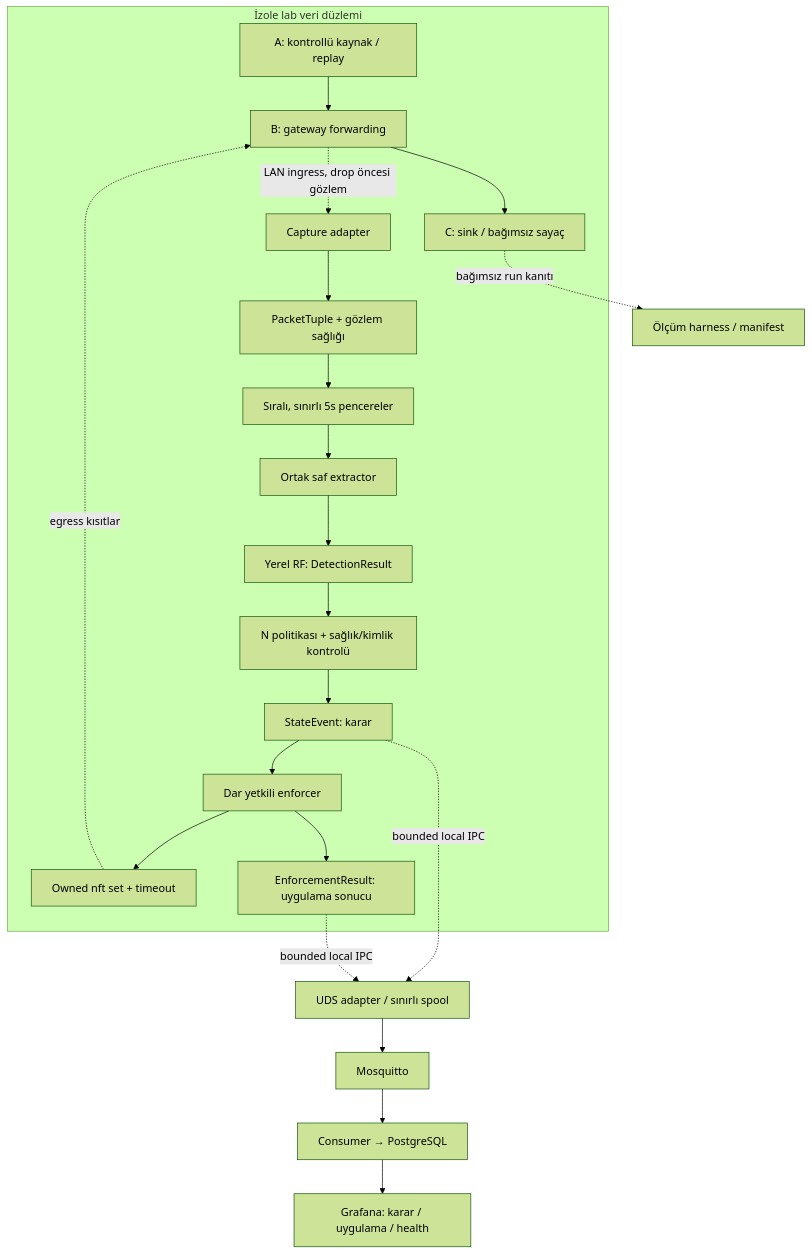
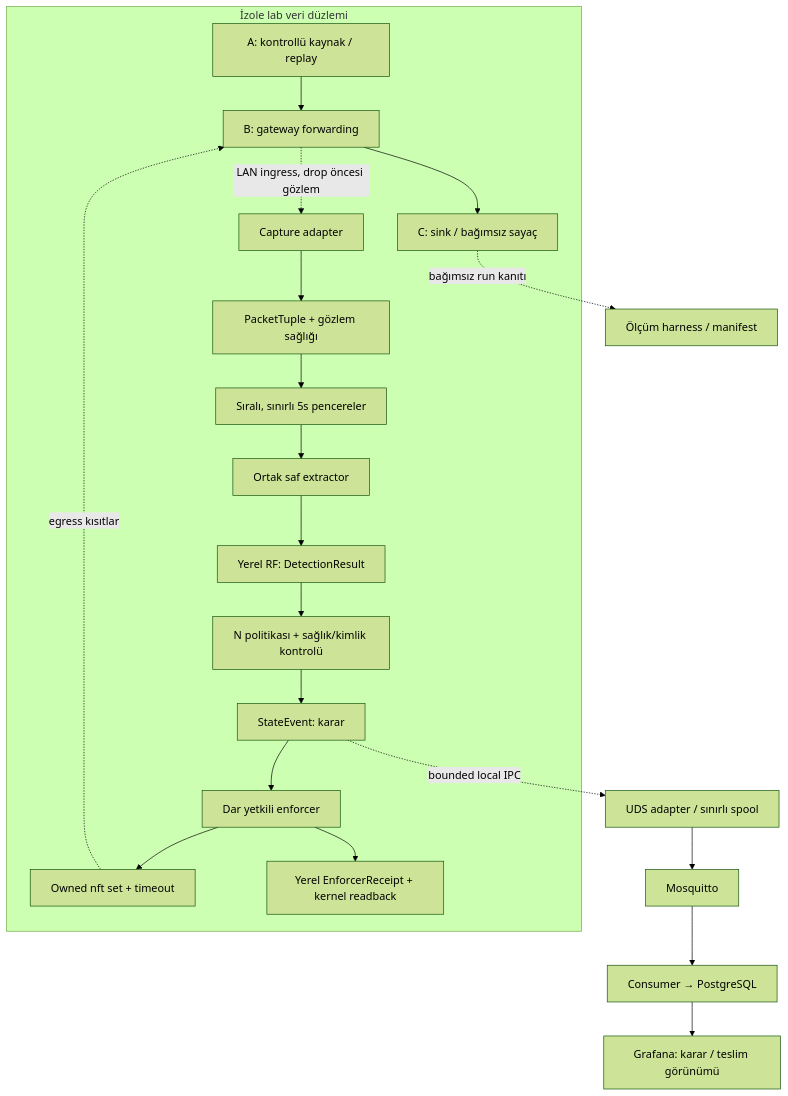
Before and after one commit to sicloid/OmniGuard-eAI: the diagram in ARCHITECTURE.md, drawn with Mermaid (forest theme). The commit also changed other lines of this file and 164 other files, not shown here.

````diff
--- a/ARCHITECTURE.md
+++ b/ARCHITECTURE.md
@@ -37,21 +41,20 @@
 ```mermaid
 flowchart TB
   subgraph data[İzole lab veri düzlemi]
     A["A: kontrollü kaynak / replay"] --> B["B: gateway forwarding"] --> C["C: sink / bağımsız sayaç"]
     B -. "LAN ingress, drop öncesi gözlem" .-> CAP["Capture adapter"]
     CAP --> PK["PacketTuple + gözlem sağlığı"]
     PK --> WIN["Sıralı, sınırlı 5s pencereler"]
     WIN --> FEAT["Ortak saf extractor"]
     FEAT --> RF["Yerel RF: DetectionResult"]
     RF --> POL["N politikası + sağlık/kimlik kontrolü"]
     POL --> INTENT["StateEvent: karar"]
     INTENT --> ENF["Dar yetkili enforcer"]
     ENF --> NFT["Owned nft set + timeout"]
     NFT -. "egress kısıtlar" .-> B
-    ENF --> ACK["EnforcementResult: uygulama sonucu"]
+    ENF --> ACK["Yerel EnforcerReceipt + kernel readback"]
   end
   INTENT -. "bounded local IPC" .-> UDS["UDS adapter / sınırlı spool"]
-  ACK -. "bounded local IPC" .-> UDS
-  UDS --> MQ[Mosquitto] --> DB["Consumer → PostgreSQL"] --> UI["Grafana: karar / uygulama / health"]
+  UDS --> MQ[Mosquitto] --> DB["Consumer → PostgreSQL"] --> UI["Grafana: karar / teslim görünümü"]
   C -. "bağımsız run kanıtı" .-> MEAS["Ölçüm harness / manifest"]
 ```
````
